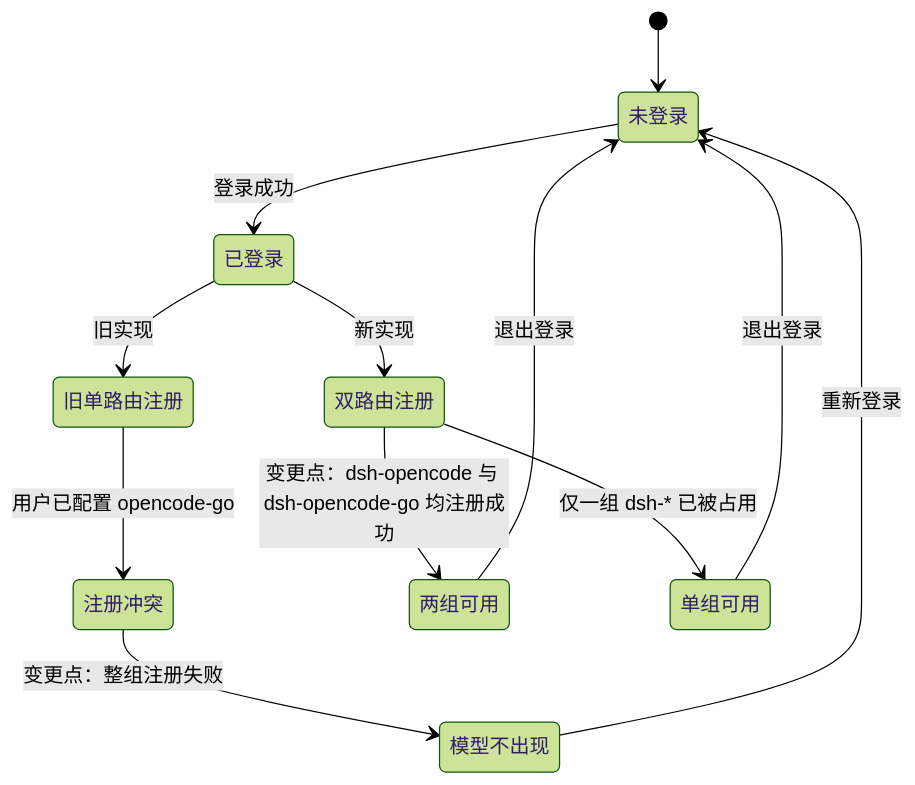
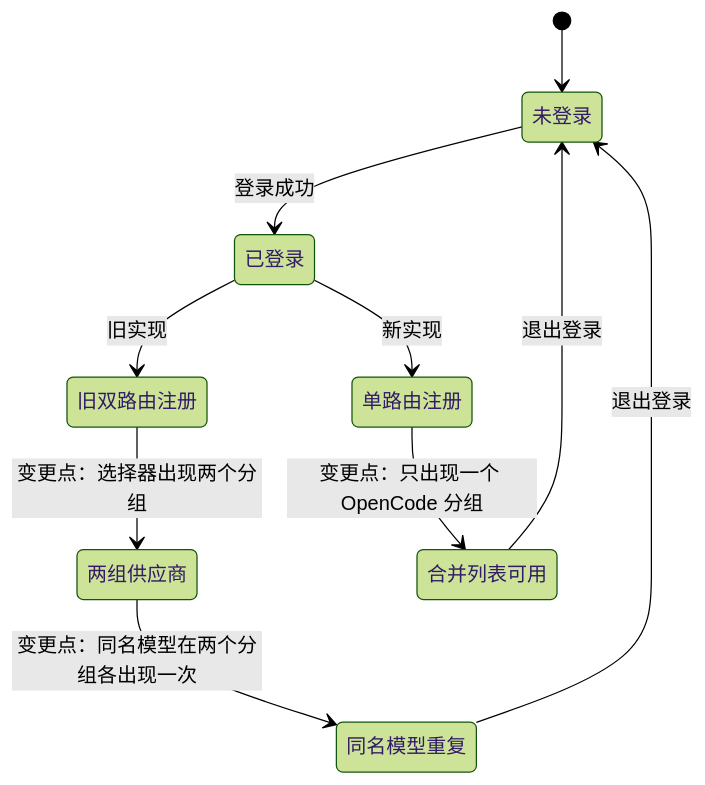
Before and after one commit to FNOSP/fnos-dsh: the first of 5 diagrams in docs/plans/PLAN-FNOS-026-dsh-opencode-plugin.md, drawn with Mermaid (forest theme). The commit also changed other lines of this file and 24 other files, not shown here.

````diff
--- a/docs/plans/PLAN-FNOS-026-dsh-opencode-plugin.md
+++ b/docs/plans/PLAN-FNOS-026-dsh-opencode-plugin.md
@@ -51,14 +52,12 @@
 ```mermaid
 stateDiagram-v2
   [*] --> 未登录
   未登录 --> 已登录: 登录成功
-  已登录 --> 旧单路由注册: 旧实现
-  旧单路由注册 --> 注册冲突: 用户已配置 opencode-go
-  注册冲突 --> 模型不出现: 变更点：整组注册失败
-  已登录 --> 双路由注册: 新实现
-  双路由注册 --> 两组可用: 变更点：dsh-opencode 与 dsh-opencode-go 均注册成功
-  双路由注册 --> 单组可用: 仅一组 dsh-* 已被占用
-  两组可用 --> 未登录: 退出登录
-  单组可用 --> 未登录: 退出登录
-  模型不出现 --> 未登录: 重新登录
+  已登录 --> 旧双路由注册: 旧实现
+  旧双路由注册 --> 两组供应商: 变更点：选择器出现两个分组
+  两组供应商 --> 同名模型重复: 变更点：同名模型在两个分组各出现一次
+  已登录 --> 单路由注册: 新实现
+  单路由注册 --> 合并列表可用: 变更点：只出现一个 OpenCode 分组
+  合并列表可用 --> 未登录: 退出登录
+  同名模型重复 --> 未登录: 退出登录
 ```
````
